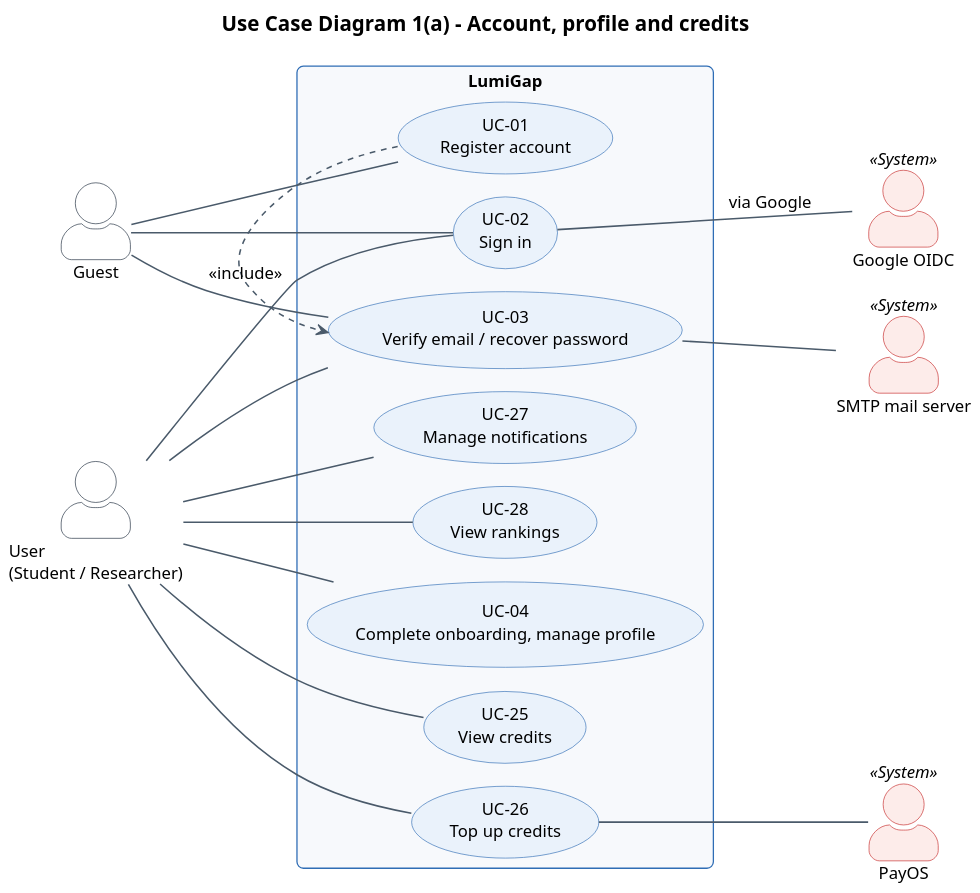
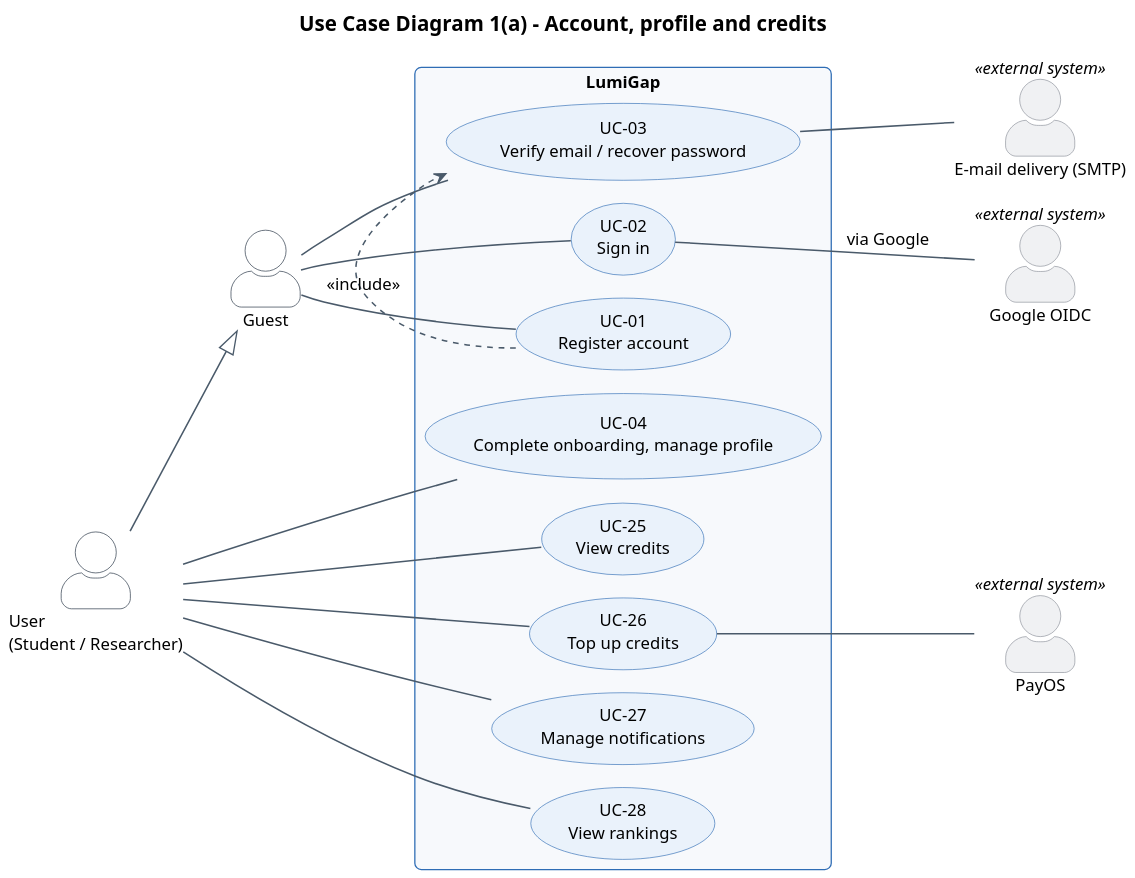
Before and after one commit to Khoa-Hoa-Technology-Solution-Company/lumi-gap: the diagram in docs/diagrams/report3/R3_UseCase_1a_Account_Credits.puml, drawn with PlantUML. The commit also changed other lines of this file and 327 other files, not shown here.

First line of the commit message:
docs: update report diagram sources to main ca8fe4d

```diff
--- a/docs/diagrams/report3/R3_UseCase_1a_Account_Credits.puml
+++ b/docs/diagrams/report3/R3_UseCase_1a_Account_Credits.puml
@@ -2,66 +2,65 @@
 @startuml
 !pragma layout smetana
 skinparam dpi 150
 skinparam defaultFontName "Segoe UI"
 skinparam defaultFontSize 13
 skinparam shadowing false
 skinparam roundCorner 10
 skinparam ArrowColor #4A5A6A
 skinparam ArrowThickness 1.2
 skinparam BorderColor #2F6DB5
 skinparam BackgroundColor #FFFFFF
 skinparam TitleFontSize 16
 skinparam TitleFontStyle bold
 skinparam usecase {
   BackgroundColor #EAF2FB
   BorderColor #2F6DB5
 }
 skinparam actor {
   BackgroundColor #FFFFFF
   BorderColor #1B2A3A
 }
 skinparam entity {
   BackgroundColor #F7FAFD
   BorderColor #2F6DB5
 }
 skinparam rectangle {
   BackgroundColor #F7F9FC
   BorderColor #2F6DB5
 }
 skinparam actorStyle awesome
-skinparam actor<<System>> {
-  BackgroundColor #FDECEA
-  BorderColor #C62828
+skinparam actor<<external system>> {
+  BackgroundColor #F0F1F3
+  BorderColor #8A8F98
 }
 left to right direction
 title Use Case Diagram 1(a) - Account, profile and credits
 actor "Guest" as G
 actor "User\n(Student / Researcher)" as U
-actor "Google OIDC" as GO <<System>>
-actor "SMTP mail server" as SM <<System>>
-actor "PayOS" as PO <<System>>
+actor "Google OIDC" as GO <<external system>>
+actor "E-mail delivery (SMTP)" as SM <<external system>>
+actor "PayOS" as PO <<external system>>
 rectangle "LumiGap" {
   usecase "UC-01\nRegister account" as UC01
   usecase "UC-03\nVerify email / recover password" as UC03
   usecase "UC-02\nSign in" as UC02
   usecase "UC-04\nComplete onboarding, manage profile" as UC04
   usecase "UC-25\nView credits" as UC25
   usecase "UC-26\nTop up credits" as UC26
   usecase "UC-27\nManage notifications" as UC27
   usecase "UC-28\nView rankings" as UC28
 }
+U --|> G
 G -- UC01
 G -- UC03
 G -- UC02
-U -- UC03
-U -- UC02
 U -- UC04
 U -- UC25
 U -- UC26
 U -- UC27
 U -- UC28
 UC02 -- GO : via Google
 UC03 -- SM
 UC26 -- PO
 UC01 .> UC03 : <<include>>
 @enduml
```
